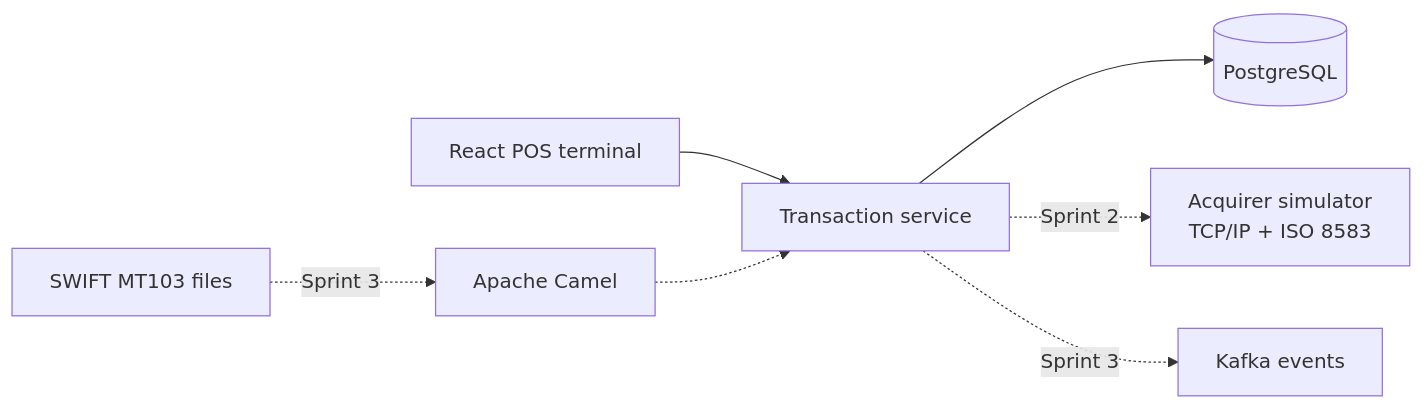
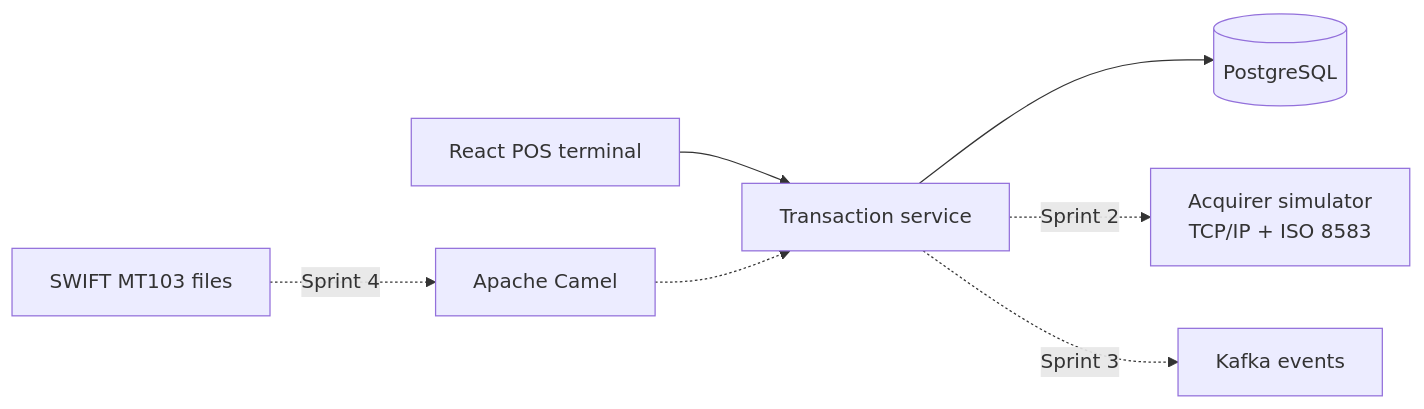
The diagram in README.md (LucasBrovetto/financial-integration-platform), drawn with Mermaid before and after one commit. The commit also changed 6 other files, not shown here.

Commit message:
docs(project): update documentation, diagrams, and roadmap

````diff
--- a/README.md
+++ b/README.md
@@ -19,8 +19,8 @@
 ```mermaid
 flowchart LR
     POS[React POS terminal] --> Processor[Transaction service]
     Processor --> Database[(PostgreSQL)]
     Processor -. Sprint 2 .-> Acquirer[Acquirer simulator\nTCP/IP + ISO 8583]
     Processor -. Sprint 3 .-> Kafka[Kafka events]
-    Swift[SWIFT MT103 files] -. Sprint 3 .-> Camel[Apache Camel] -.-> Processor
+    Swift[SWIFT MT103 files] -. Sprint 4 .-> Camel[Apache Camel] -.-> Processor
 ```
````
